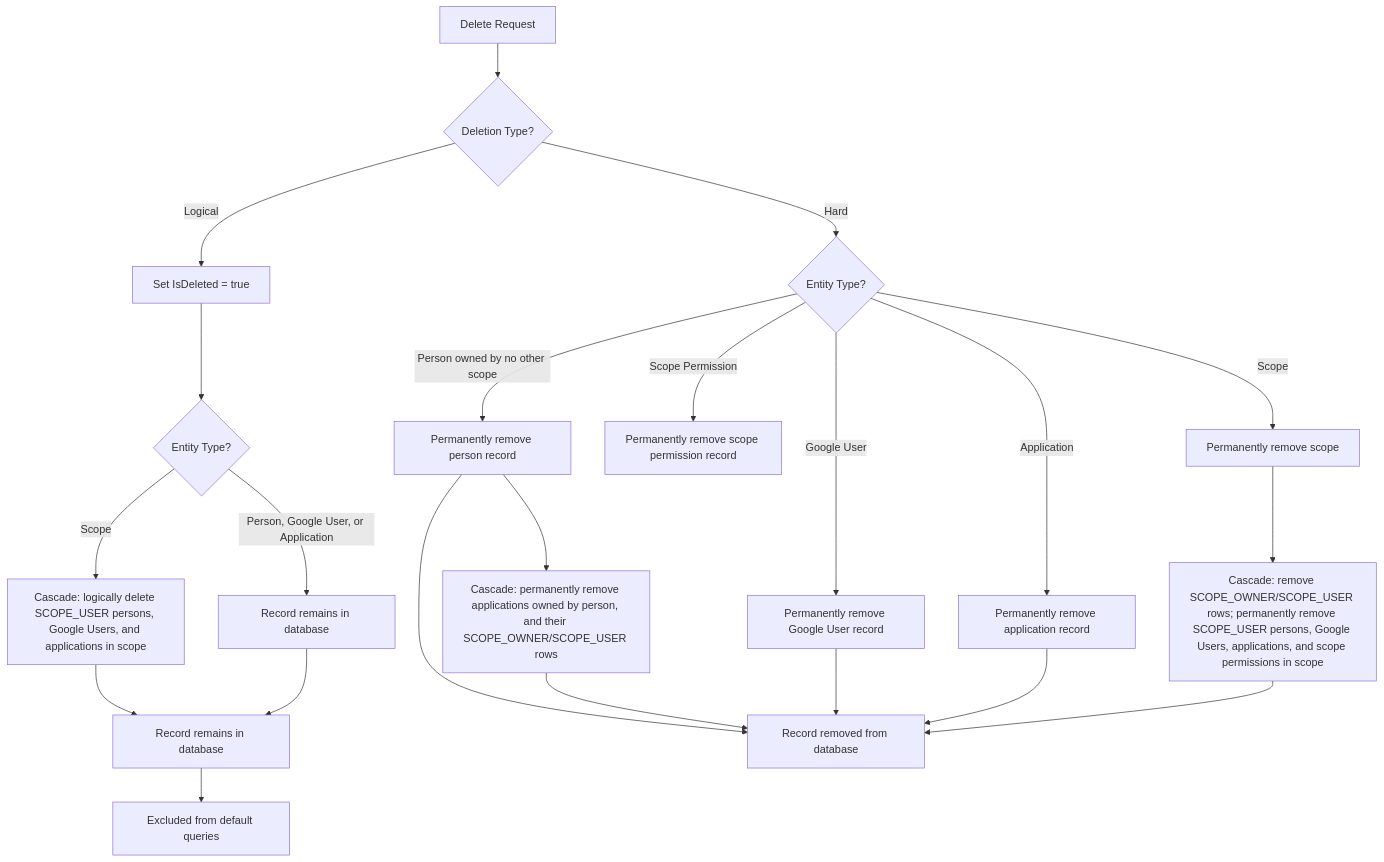
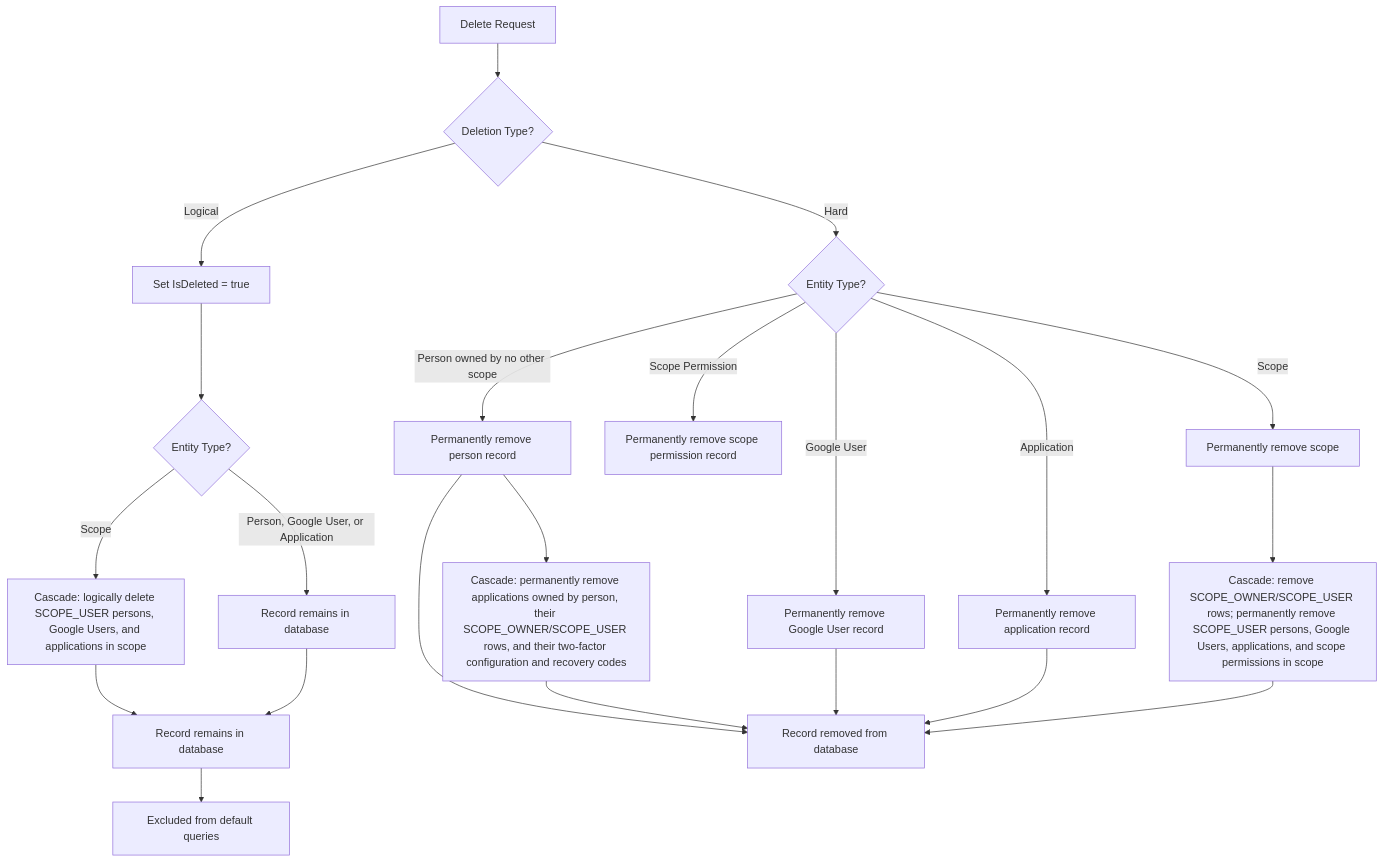
The fourth of 4 diagrams in docs/requirements/System Requirements Document.md (artur-rios/heimdall-api), drawn with Mermaid before and after one commit. The commit also changed other lines of this file and 2 other files, not shown here.

First line of the commit message:
docs: document two-factor authentication use cases (UC-36..UC-40)

````diff
--- a/docs/requirements/System Requirements Document.md
+++ b/docs/requirements/System Requirements Document.md
@@ -640,25 +730,25 @@
 ```mermaid
 flowchart TD
     A[Delete Request] --> B{Deletion Type?}
     B -->|Logical| C[Set IsDeleted = true]
     C --> C1{Entity Type?}
     C1 -->|Scope| C2[Cascade: logically delete SCOPE_USER persons, Google Users, and applications in scope]
     C1 -->|Person, Google User, or Application| C3[Record remains in database]
     C2 --> D[Record remains in database]
     C3 --> D
     D --> E[Excluded from default queries]
 
     B -->|Hard| F{Entity Type?}
     F -->|Person owned by no other scope| G[Permanently remove person record]
-    G --> K[Cascade: permanently remove applications owned by person, and their SCOPE_OWNER/SCOPE_USER rows]
+    G --> K[Cascade: permanently remove applications owned by person, their SCOPE_OWNER/SCOPE_USER rows, and their two-factor configuration and recovery codes]
     F -->|Google User| M[Permanently remove Google User record]
     F -->|Application| L[Permanently remove application record]
     F -->|Scope Permission| SP[Permanently remove scope permission record]
     F -->|Scope| H2[Permanently remove scope]
     H2 --> I[Cascade: remove SCOPE_OWNER/SCOPE_USER rows; permanently remove SCOPE_USER persons, Google Users, applications, and scope permissions in scope]
     G --> J[Record removed from database]
     K --> J
     M --> J
     L --> J
     I --> J
 ```
````
